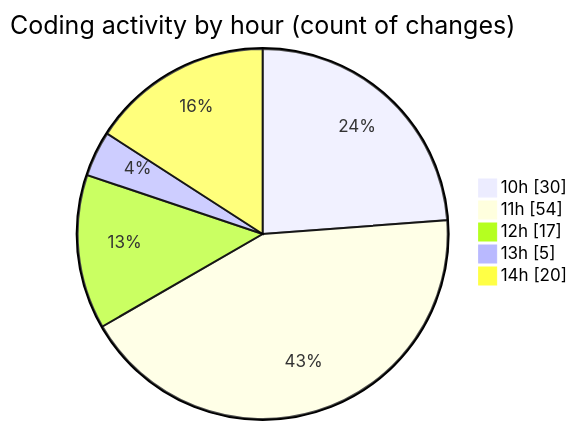
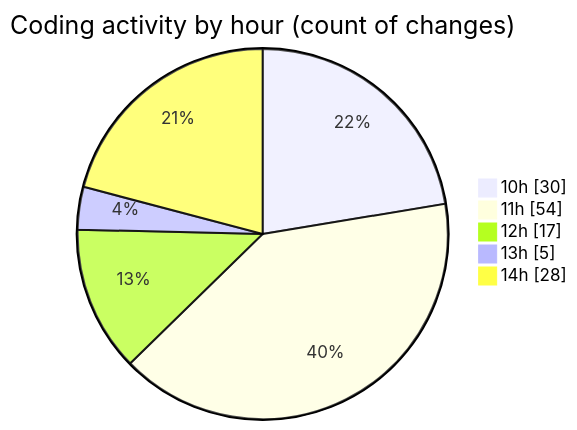
Before and after one commit to momahboobian/code-tracking: the second of 2 diagrams in 2025-05-01/cda/README.md, drawn with Mermaid. The commit also changed other lines of this file and 1 other file, not shown here.

````diff
--- a/2025-05-01/cda/README.md
+++ b/2025-05-01/cda/README.md
@@ -40,9 +41,9 @@
 ```mermaid
 pie showData
 title Coding activity by hour (count of changes)
 "10h" : 30
 "11h" : 54
 "12h" : 17
 "13h" : 5
-"14h" : 20
+"14h" : 28
 ```
````
